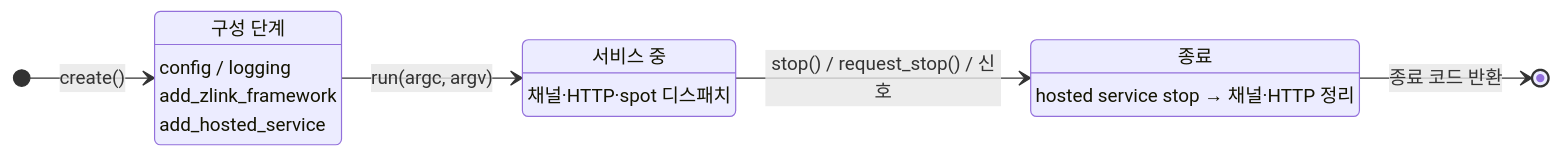
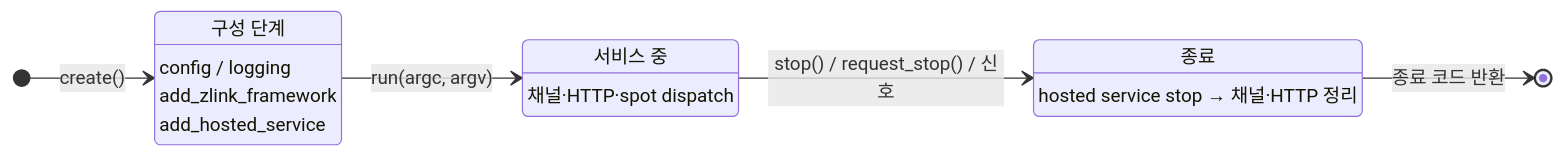
One commit to kairos-code-dev/zlink changed diagram 12 of 12 in framework/doc/framework/cpp/guide/03-concepts.ko.md. Above: the diagram before and after it, drawn with Mermaid. The commit also changed other lines of this file and 5 other files, not shown here.

````diff
--- a/framework/doc/framework/cpp/guide/03-concepts.ko.md
+++ b/framework/doc/framework/cpp/guide/03-concepts.ko.md
@@ -331,16 +331,16 @@
 ```mermaid
 stateDiagram-v2
     direction LR
     state "구성 단계" as configure
     state "서비스 중" as serving
     state "종료" as stopping
     [*] --> configure: create()
     configure: config / logging
     configure: add_zlink_framework
     configure: add_hosted_service
     configure --> serving: run(argc, argv)
-    serving: 채널·HTTP·spot 디스패치
+    serving: 채널·HTTP·spot dispatch
     serving --> stopping: stop() / request_stop() / 신호
     stopping: hosted service stop → 채널·HTTP 정리
     stopping --> [*]: 종료 코드 반환
 ```
````
